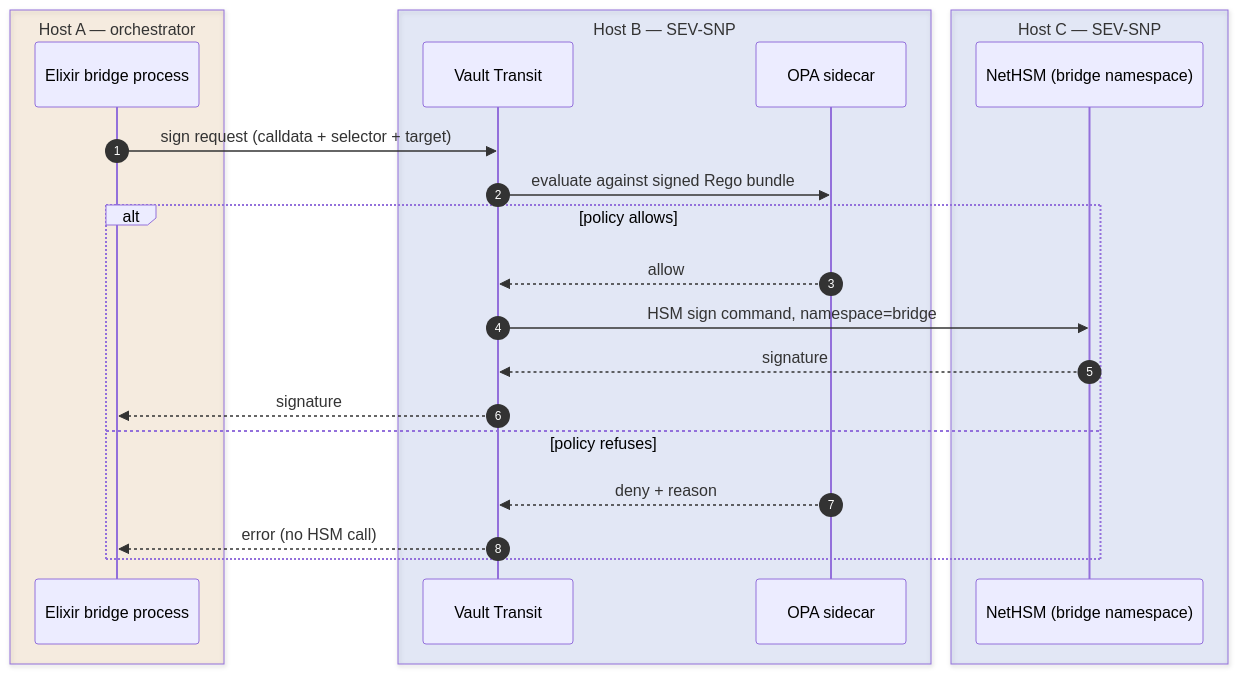
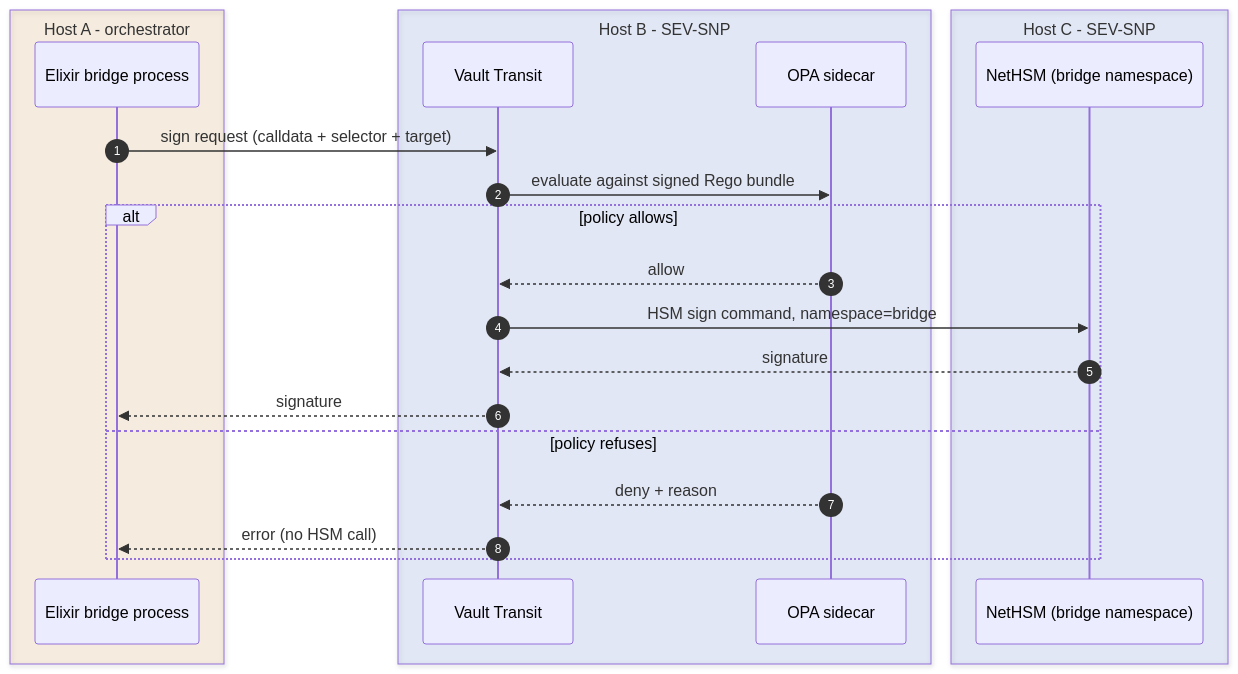
Before and after one commit to igor53627/2d-docs: the second of 3 diagrams in src/content/docs/ru/architecture/hsm-topology.mdx, drawn with Mermaid. The commit also changed other lines of this file and 14 other files, not shown here.

Commit message:
docs: align architecture pages with chain code

````diff
--- a/src/content/docs/ru/architecture/hsm-topology.mdx
+++ b/src/content/docs/ru/architecture/hsm-topology.mdx
@@ -75,25 +75,25 @@
 ```mermaid
 sequenceDiagram
   autonumber
-  box rgba(217, 119, 6, 0.1) Host A — orchestrator
+  box rgba(217, 119, 6, 0.1) Host A - orchestrator
     participant Orch as Elixir bridge process
   end
-  box rgba(29, 78, 216, 0.1) Host B — SEV-SNP
+  box rgba(29, 78, 216, 0.1) Host B - SEV-SNP
     participant Vault as Vault Transit
     participant OPA as OPA sidecar
   end
-  box rgba(29, 78, 216, 0.1) Host C — SEV-SNP
+  box rgba(29, 78, 216, 0.1) Host C - SEV-SNP
     participant HSM as NetHSM (bridge namespace)
   end
   Orch->>Vault: sign request (calldata + selector + target)
   Vault->>OPA: evaluate against signed Rego bundle
   alt policy allows
     OPA-->>Vault: allow
     Vault->>HSM: HSM sign command, namespace=bridge
     HSM-->>Vault: signature
     Vault-->>Orch: signature
   else policy refuses
     OPA-->>Vault: deny + reason
     Vault-->>Orch: error (no HSM call)
   end
 ```
````
